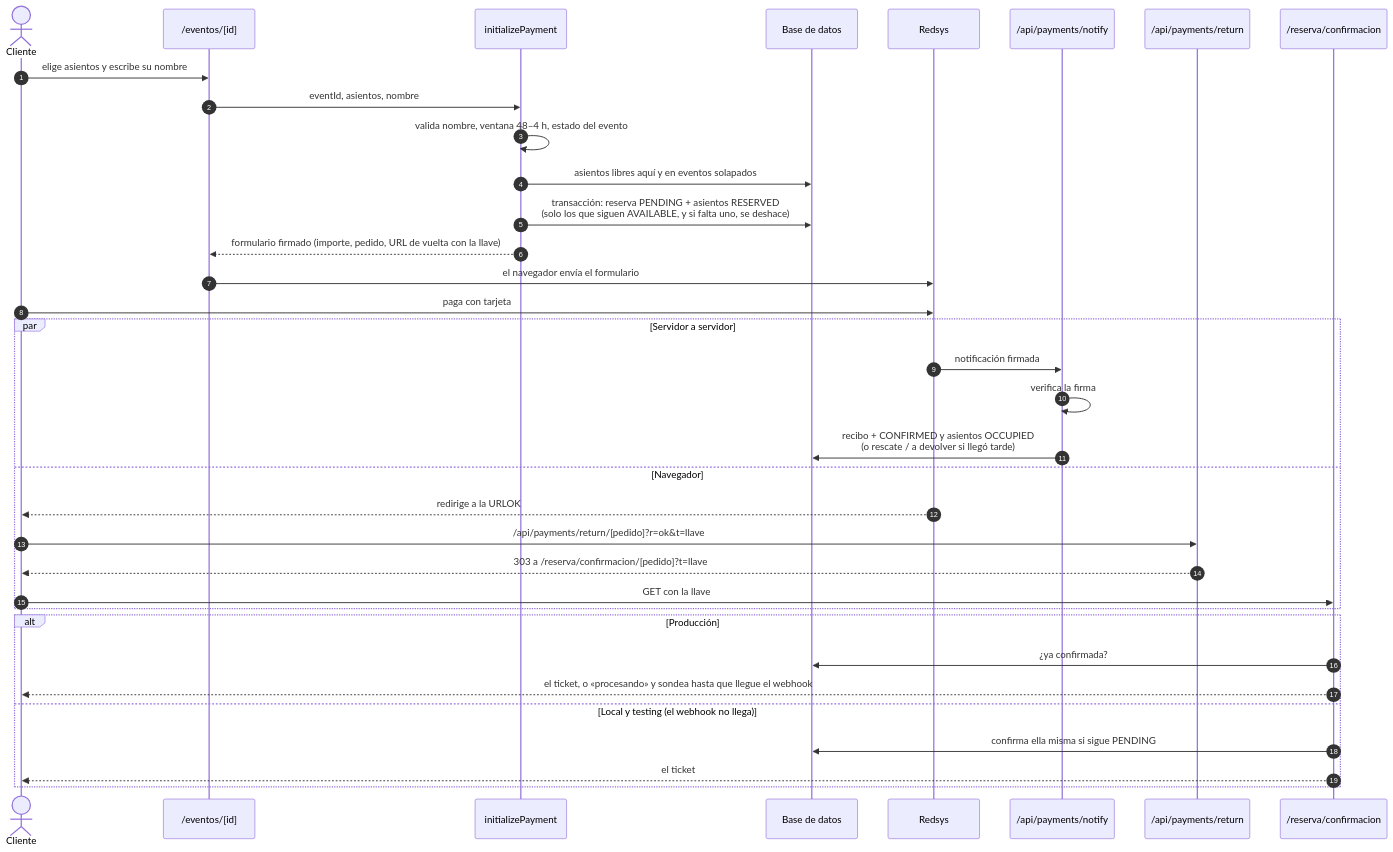
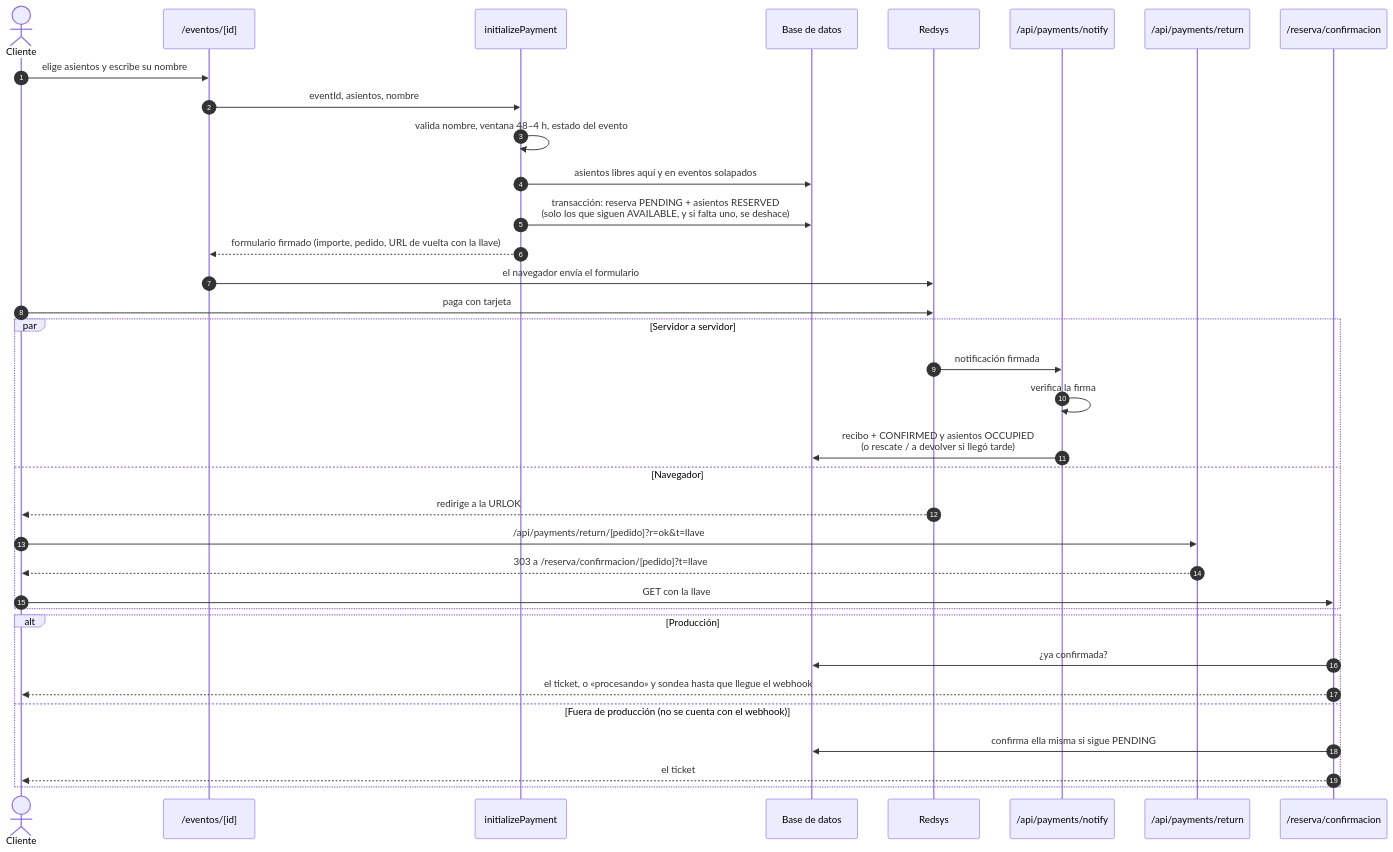
One commit to rcavero/lounge-app changed the second of 2 diagrams in docs/arquitectura.md. Above: the diagram before and after it, drawn with Mermaid.

Commit message:
docs: arquitectura, la rama del diagrama dice lo mismo que el texto
En las previews el webhook sí suele llegar: lo que distingue la rama es que
fuera de producción no se cuenta con él.

Refs RCA-255

````diff
--- a/docs/arquitectura.md
+++ b/docs/arquitectura.md
@@ -117,40 +117,40 @@
 ```mermaid
 sequenceDiagram
     autonumber
     actor C as Cliente
     participant P as /eventos/[id]
     participant A as initializePayment
     participant DB as Base de datos
     participant R as Redsys
     participant W as /api/payments/notify
     participant V as /api/payments/return
     participant K as /reserva/confirmacion
 
     C->>P: elige asientos y escribe su nombre
     P->>A: eventId, asientos, nombre
     A->>A: valida nombre, ventana 48–4 h, estado del evento
     A->>DB: asientos libres aquí y en eventos solapados
     A->>DB: transacción: reserva PENDING + asientos RESERVED<br/>(solo los que siguen AVAILABLE, y si falta uno, se deshace)
     A-->>P: formulario firmado (importe, pedido, URL de vuelta con la llave)
     P->>R: el navegador envía el formulario
     C->>R: paga con tarjeta
 
     par Servidor a servidor
         R->>W: notificación firmada
         W->>W: verifica la firma
         W->>DB: recibo + CONFIRMED y asientos OCCUPIED<br/>(o rescate / a devolver si llegó tarde)
     and Navegador
         R-->>C: redirige a la URLOK
         C->>V: /api/payments/return/[pedido]?r=ok&t=llave
         V-->>C: 303 a /reserva/confirmacion/[pedido]?t=llave
         C->>K: GET con la llave
     end
 
     alt Producción
         K->>DB: ¿ya confirmada?
         K-->>C: el ticket, o «procesando» y sondea hasta que llegue el webhook
-    else Local y testing (el webhook no llega)
+    else Fuera de producción (no se cuenta con el webhook)
         K->>DB: confirma ella misma si sigue PENDING
         K-->>C: el ticket
     end
 ```
````
